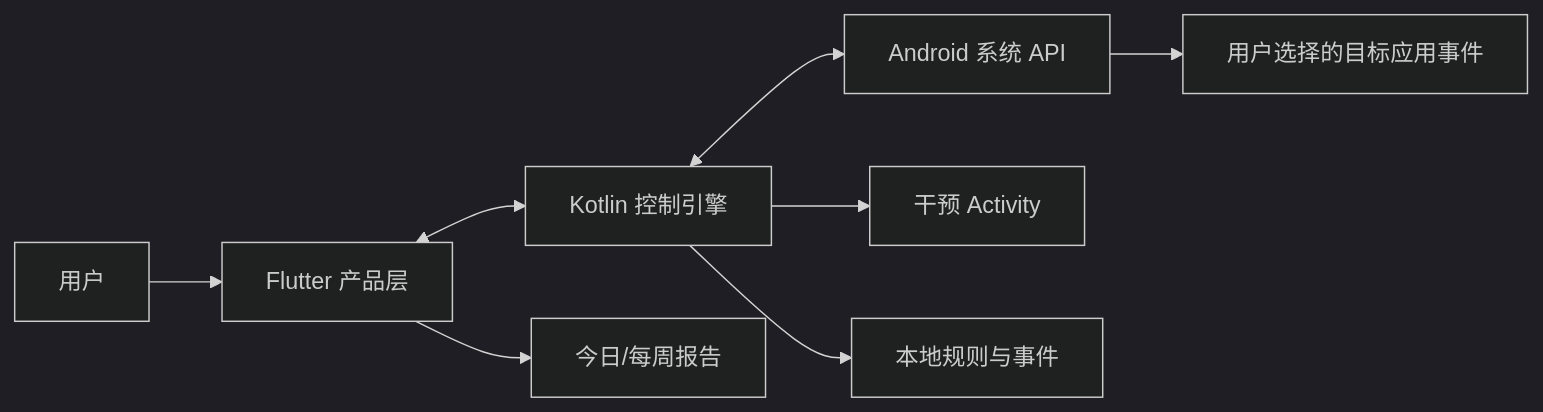
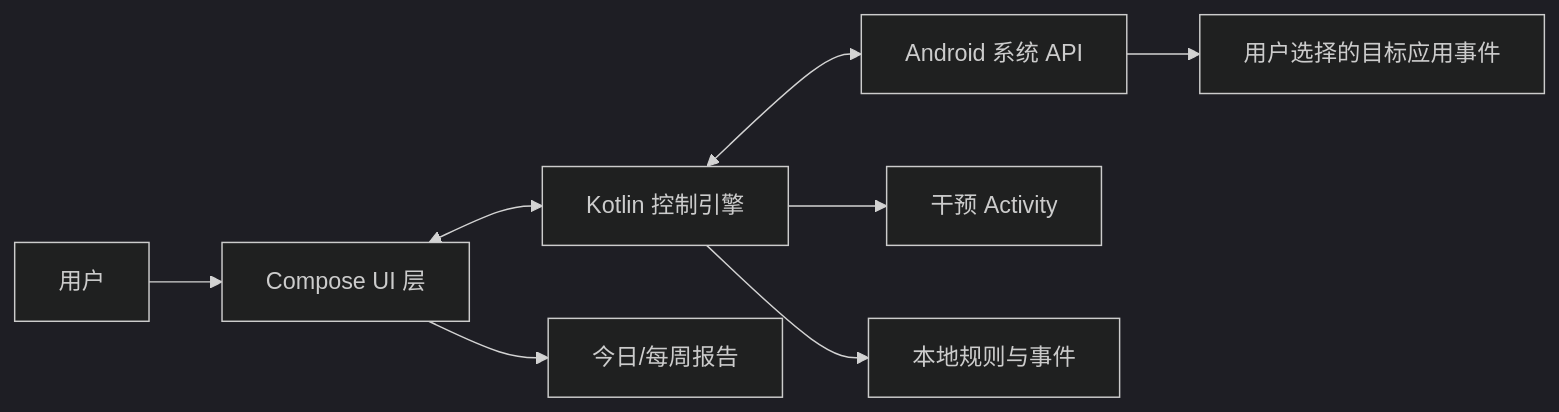
The second of 6 diagrams in docs/03_停一下_系统架构与项目推进方案.md (cxl88/PauseNow), drawn with Mermaid (dark theme) before and after one commit. The commit also changed other lines of this file and 34 other files, not shown here.

````diff
--- a/docs/03_停一下_系统架构与项目推进方案.md
+++ b/docs/03_停一下_系统架构与项目推进方案.md
@@ -65,10 +65,10 @@
 ```mermaid
 flowchart LR
-    U[用户] --> F[Flutter 产品层]
-    F <--> K[Kotlin 控制引擎]
+    U[用户] --> C[Compose UI 层]
+    C <--> K[Kotlin 控制引擎]
     K <--> A[Android 系统 API]
     A --> T[用户选择的目标应用事件]
     K --> I[干预 Activity]
     K --> S[本地规则与事件]
-    F --> R[今日/每周报告]
+    C --> R[今日/每周报告]
 ```
````
